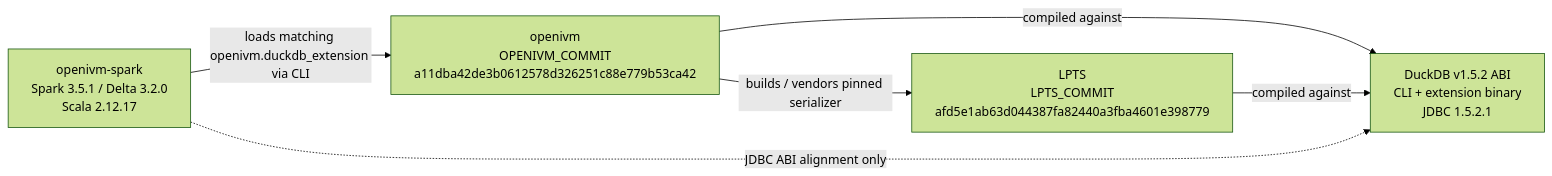
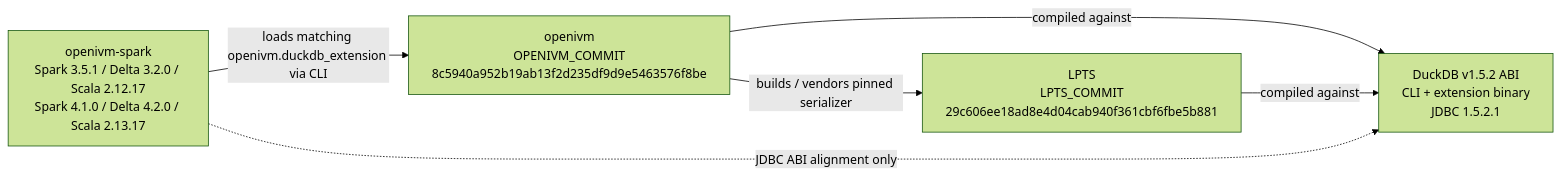
The fourth of 4 diagrams in docs/architecture/lpts/8-integration-with-openivm-and-spark.md (mdrakiburrahman/openivm-spark), drawn with Mermaid (forest theme) before and after one commit. The commit also changed other lines of this file and 69 other files, not shown here.

````diff
--- a/docs/architecture/lpts/8-integration-with-openivm-and-spark.md
+++ b/docs/architecture/lpts/8-integration-with-openivm-and-spark.md
@@ -530,13 +530,13 @@
 ```mermaid
 flowchart LR
-  OSS["openivm-spark\nSpark 3.5.1 / Delta 3.2.0\nScala 2.12.17"]
-  OIVM["openivm\nOPENIVM_COMMIT\na11dba42de3b0612578d326251c88e779b53ca42"]
-  LPTS["LPTS\nLPTS_COMMIT\nafd5e1ab63d044387fa82440a3fba4601e398779"]
+  OSS["openivm-spark\nSpark 3.5.1 / Delta 3.2.0 / Scala 2.12.17\nSpark 4.1.0 / Delta 4.2.0 / Scala 2.13.17"]
+  OIVM["openivm\nOPENIVM_COMMIT\n8c5940a952b19ab13f2d235df9d9e5463576f8be"]
+  LPTS["LPTS\nLPTS_COMMIT\n29c606ee18ad8e4d04cab940f361cbf6fbe5b881"]
   Duck["DuckDB v1.5.2 ABI\nCLI + extension binary\nJDBC 1.5.2.1"]
 
   OSS -->|"loads matching openivm.duckdb_extension via CLI"| OIVM
   OIVM -->|"builds / vendors pinned serializer"| LPTS
   OIVM -->|"compiled against"| Duck
   LPTS -->|"compiled against"| Duck
   OSS -.->|"JDBC ABI alignment only"| Duck
 ```
````
